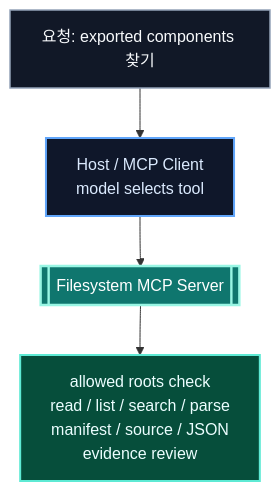
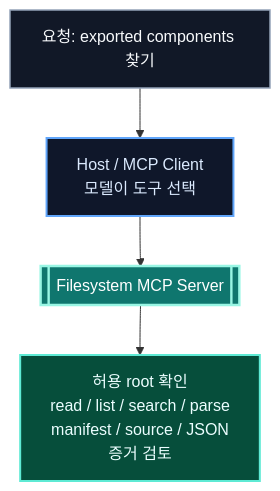
Before and after one commit to koalav/present-anyything: the fifth of 14 diagrams in docs/ai-agent-effective-use/mermaid-diagrams.md, drawn with Mermaid. The commit also changed other lines of this file and 19 other files, not shown here.

````diff
--- a/docs/ai-agent-effective-use/mermaid-diagrams.md
+++ b/docs/ai-agent-effective-use/mermaid-diagrams.md
@@ -127,15 +105,15 @@
 ```mermaid
 flowchart TB
-  Request["요청: exported components 찾기"]:::input --> Host["Host / MCP Client<br/>model selects tool"]:::host
+  Request["요청: exported components 찾기"]:::input --> Host["Host / MCP Client<br/>모델이 도구 선택"]:::host
   Host --> Server[["Filesystem MCP Server"]]:::server
-  Server --> Verify["allowed roots check<br/>read / list / search / parse<br/>manifest / source / JSON<br/>evidence review"]:::success
+  Server --> Verify["허용 root 확인<br/>read / list / search / parse<br/>manifest / source / JSON<br/>증거 검토"]:::success
   classDef input fill:#111827,stroke:#94a3b8,color:#f8fafc,stroke-width:1.5px;
   classDef host fill:#0f172a,stroke:#60a5fa,color:#dbeafe,stroke-width:2px;
   classDef model fill:#1d4ed8,stroke:#bfdbfe,color:#ffffff,stroke-width:2.5px;
   classDef client fill:#164e63,stroke:#67e8f9,color:#ecfeff,stroke-width:2px;
   classDef server fill:#0f766e,stroke:#99f6e4,color:#ffffff,stroke-width:2.4px;
   classDef guard fill:#422006,stroke:#fbbf24,color:#fffbeb,stroke-width:2px;
   classDef deny fill:#3f1d1d,stroke:#fca5a5,color:#fee2e2,stroke-width:2px;
   classDef tool fill:#052e2b,stroke:#5eead4,color:#ecfeff,stroke-width:2px;
   classDef success fill:#064e3b,stroke:#5eead4,color:#ecfeff,stroke-width:2px;
 ```
````
